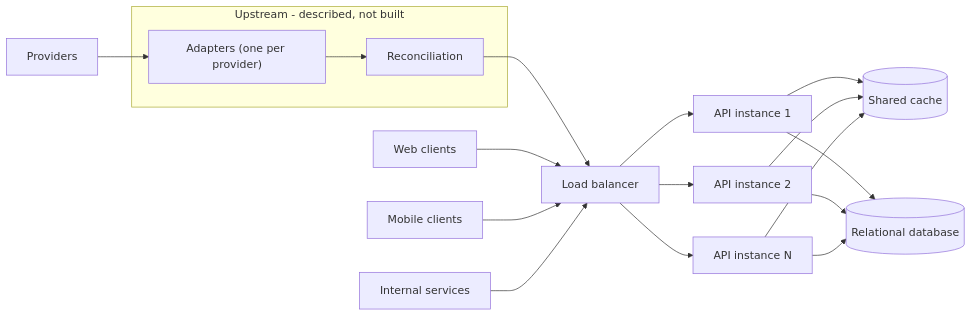
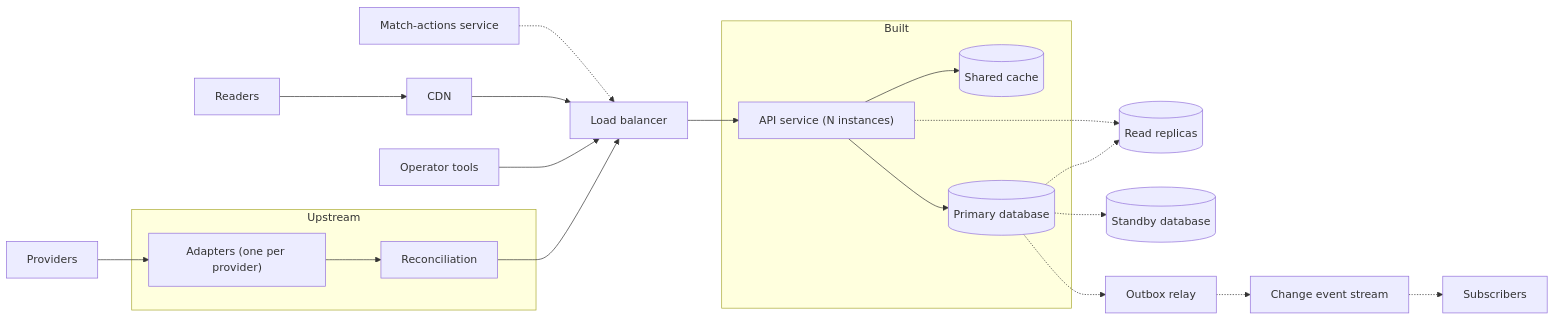
One commit to DPostnik/sports-event-platform changed the second of 6 diagrams in docs/system-design.md. Above: the diagram before and after it, drawn with Mermaid. The commit also changed other lines of this file, not shown here.

Commit message:
Split the component diagram into the built part and the production target

````diff
--- a/docs/system-design.md
+++ b/docs/system-design.md
@@ -14,20 +36,26 @@
 ```mermaid
 flowchart LR
     Providers[Providers] --> Adapters
-    subgraph Upstream["Upstream - described, not built"]
+    subgraph Upstream["Upstream"]
         Adapters["Adapters (one per provider)"] --> Recon[Reconciliation]
     end
     Recon --> LB
-    Web[Web clients] --> LB[Load balancer]
-    Mobile[Mobile clients] --> LB
-    Internal[Internal services] --> LB
-    LB --> API1[API instance 1]
-    LB --> API2[API instance 2]
-    LB --> APIN[API instance N]
-    API1 --> Cache[("Shared cache")]
-    API2 --> Cache
-    APIN --> Cache
-    API1 --> DB[("Relational database")]
-    API2 --> DB
-    APIN --> DB
+    Operators[Operator tools] --> LB
+    Readers[Readers] --> CDN[CDN]
+    CDN --> LB[Load balancer]
+    subgraph Built["Built"]
+        API["API service (N instances)"]
+        Cache[("Shared cache")]
+        DB[("Primary database")]
+        API --> Cache
+        API --> DB
+    end
+    LB --> API
+    DB -.-> Replicas[("Read replicas")]
+    DB -.-> Standby[("Standby database")]
+    API -.-> Replicas
+    DB -.-> Relay[Outbox relay]
+    Relay -.-> Stream[Change event stream]
+    Stream -.-> Subscribers[Subscribers]
+    Actions[Match-actions service] -.-> LB
 ```
````
